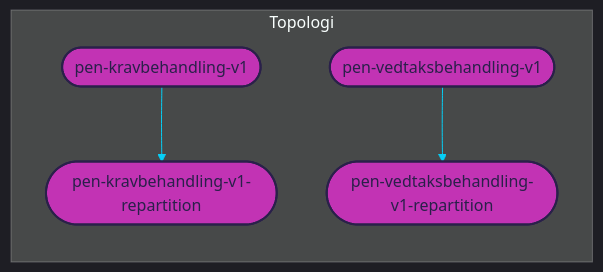
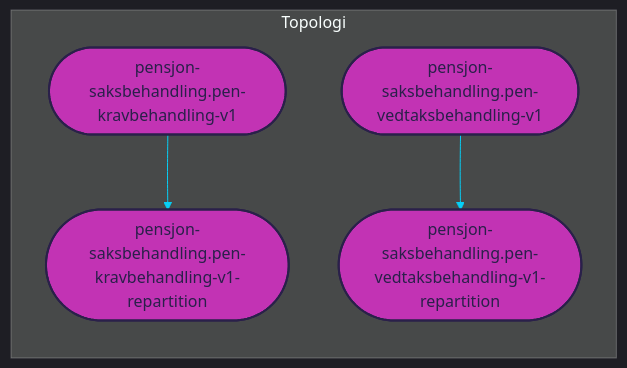
The diagram in docs/topology.mmd (navikt/aap-pensjon), drawn with Mermaid before and after one commit. The commit also changed 1 other file, not shown here.

```diff
--- a/docs/topology.mmd
+++ b/docs/topology.mmd
@@ -1,63 +1,63 @@
 
 %%{init: {'theme': 'dark', 'themeVariables': { 'primaryColor': '#07cff6', 'textColor': '#dad9e0', 'lineColor': '#07cff6'}}}%%
 
 graph LR
 
 subgraph Topologi
     %% TOPICS
-    pen-kravbehandling-v1([pen-kravbehandling-v1])
-	pen-kravbehandling-v1-repartition([pen-kravbehandling-v1-repartition])
-	pen-vedtaksbehandling-v1([pen-vedtaksbehandling-v1])
-	pen-vedtaksbehandling-v1-repartition([pen-vedtaksbehandling-v1-repartition])
+    pensjon-saksbehandling.pen-kravbehandling-v1([pensjon-saksbehandling.pen-kravbehandling-v1])
+	pensjon-saksbehandling.pen-kravbehandling-v1-repartition([pensjon-saksbehandling.pen-kravbehandling-v1-repartition])
+	pensjon-saksbehandling.pen-vedtaksbehandling-v1([pensjon-saksbehandling.pen-vedtaksbehandling-v1])
+	pensjon-saksbehandling.pen-vedtaksbehandling-v1-repartition([pensjon-saksbehandling.pen-vedtaksbehandling-v1-repartition])
 
     %% JOINS
     
 
     %% STATE PROCESSORS
     
     
     %% STATE STORES
     
     
     %% DATABASES
     
     
 
     %% PROCESSOR API JOBS
     
     
     %% JOIN STREAMS
     
 
     %% TABLE STREAMS
     
 
     %% JOB STREAMS
     
     
     %% BRANCH STREAMS
     
 
     %% REPARTITION STREAMS
     
     
     %% BASIC STREAMS
-    pen-kravbehandling-v1 --> pen-kravbehandling-v1-repartition
-	pen-vedtaksbehandling-v1 --> pen-vedtaksbehandling-v1-repartition
+    pensjon-saksbehandling.pen-kravbehandling-v1 --> pensjon-saksbehandling.pen-kravbehandling-v1-repartition
+	pensjon-saksbehandling.pen-vedtaksbehandling-v1 --> pensjon-saksbehandling.pen-vedtaksbehandling-v1-repartition
     
     %% CUSTOM PROCESS STREAMS
     
 end
 
 %% COLORS
 %% light    #dad9e0
 %% purple   #78369f
 %% pink     #c233b4
 %% dark     #2a204a
 %% blue     #07cff6
 
 %% STYLES
-style pen-kravbehandling-v1 fill:#c233b4, stroke:#2a204a, stroke-width:2px, color:#2a204a
-style pen-kravbehandling-v1-repartition fill:#c233b4, stroke:#2a204a, stroke-width:2px, color:#2a204a
-style pen-vedtaksbehandling-v1 fill:#c233b4, stroke:#2a204a, stroke-width:2px, color:#2a204a
-style pen-vedtaksbehandling-v1-repartition fill:#c233b4, stroke:#2a204a, stroke-width:2px, color:#2a204a
+style pensjon-saksbehandling.pen-kravbehandling-v1 fill:#c233b4, stroke:#2a204a, stroke-width:2px, color:#2a204a
+style pensjon-saksbehandling.pen-kravbehandling-v1-repartition fill:#c233b4, stroke:#2a204a, stroke-width:2px, color:#2a204a
+style pensjon-saksbehandling.pen-vedtaksbehandling-v1 fill:#c233b4, stroke:#2a204a, stroke-width:2px, color:#2a204a
+style pensjon-saksbehandling.pen-vedtaksbehandling-v1-repartition fill:#c233b4, stroke:#2a204a, stroke-width:2px, color:#2a204a
```
